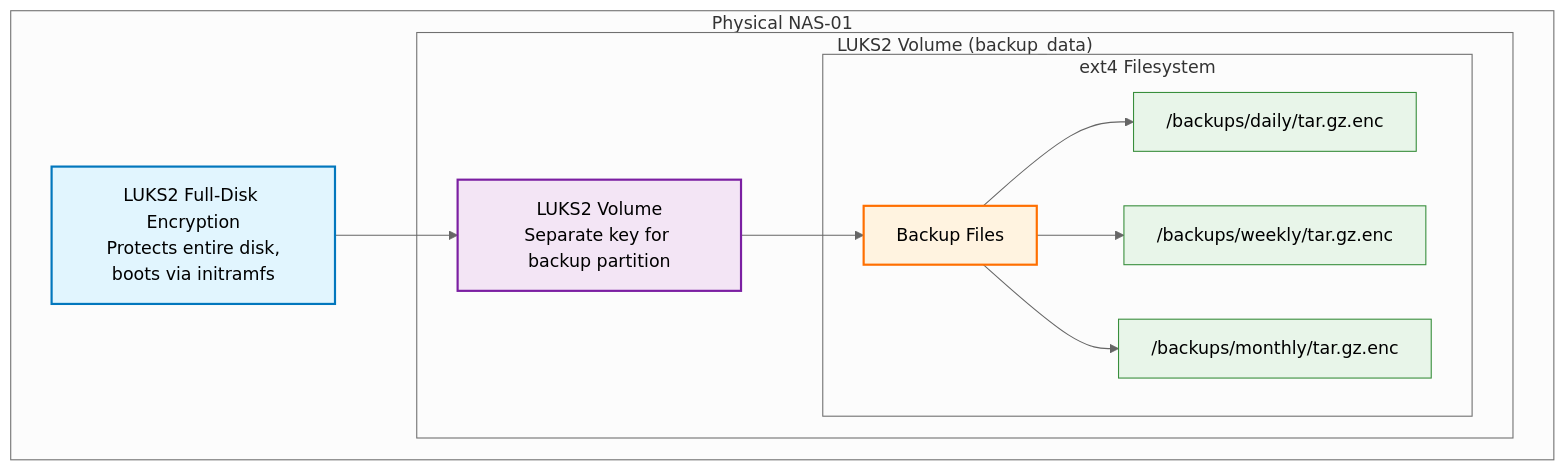
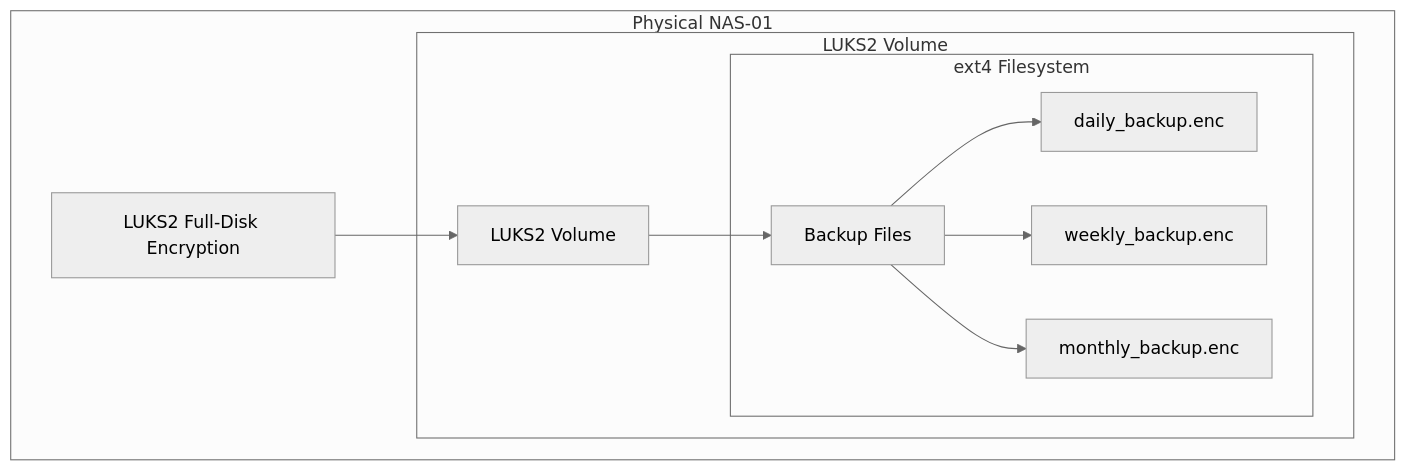
The second of 3 diagrams in blue_team/1x04_crypto_foundation/12-disk_encryption.md (sreilly1977/dlh-cyber_security), drawn with Mermaid (neutral theme) before and after one commit.

Commit message:
Edited 12* again again again again

````diff
--- a/blue_team/1x04_crypto_foundation/12-disk_encryption.md
+++ b/blue_team/1x04_crypto_foundation/12-disk_encryption.md
@@ -497,31 +497,24 @@
 ```mermaid
 flowchart TB
     subgraph nas["Physical NAS-01"]
-        A["LUKS2 Full-Disk Encryption<br/>Protects entire disk,<br/>boots via initramfs"]
+        A[LUKS2 Full-Disk Encryption]
         
-        subgraph vol["LUKS2 Volume (backup_data)"]
-            B["LUKS2 Volume<br/>Separate key for backup partition"]
+        subgraph vol["LUKS2 Volume"]
+            B[LUKS2 Volume]
             
             subgraph fs["ext4 Filesystem"]
-                C["Backup Files"]
+                C[Backup Files]
                 
-                D["/backups/daily/tar.gz.enc"]
-                E["/backups/weekly/tar.gz.enc"]
-                F["/backups/monthly/tar.gz.enc"]
+                D[daily_backup.enc]
+                E[weekly_backup.enc]
+                F[monthly_backup.enc]
             end
         end
     end
     
     A --> B
     B --> C
     C --> D
     C --> E
     C --> F
-    
-    style A fill:#e1f5fe,stroke:#0277bd,stroke-width:2px
-    style B fill:#f3e5f5,stroke:#7b1fa2,stroke-width:2px
-    style C fill:#fff3e0,stroke:#ff6f00,stroke-width:2px
-    style D fill:#e8f5e9,stroke:#388e3c,stroke-width:1px
-    style E fill:#e8f5e9,stroke:#388e3c,stroke-width:1px
-    style F fill:#e8f5e9,stroke:#388e3c,stroke-width:1px
 ```
````
